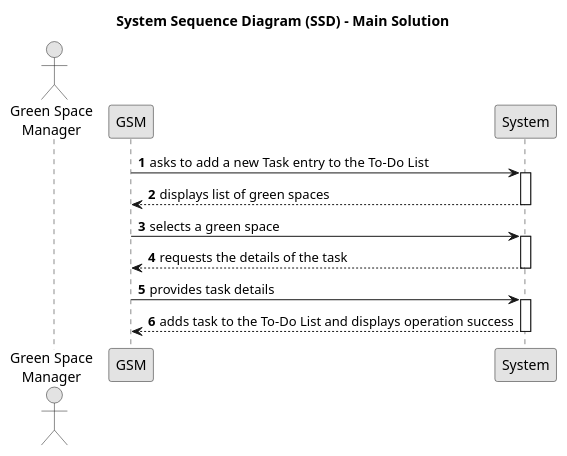
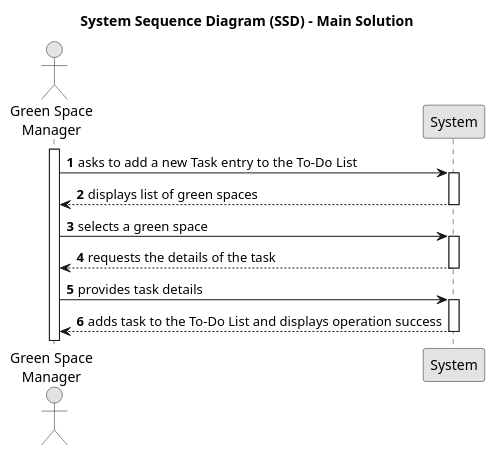
The diagram in docs/sprintC/us021/01.requirements-engineering/puml/us021-system-sequence-diagram-main-solution.puml (Departamento-de-Engenharia-Informatica/lei-24-s2-1dkl-g134), drawn with PlantUML before and after one commit. The commit also changed 1 other file, not shown here.

```diff
--- a/docs/sprintC/us021/01.requirements-engineering/puml/us021-system-sequence-diagram-main-solution.puml
+++ b/docs/sprintC/us021/01.requirements-engineering/puml/us021-system-sequence-diagram-main-solution.puml
@@ -1,29 +1,31 @@
 @startuml
 skinparam monochrome true
 skinparam packageStyle rectangle
 skinparam shadowing false
 
 title System Sequence Diagram (SSD) - Main Solution
 
 autonumber
 
-actor "Green Space\nManager" as Employee
+actor "Green Space\nManager" as GSM
+
+activate GSM
  GSM -> System : asks to add a new Task entry to the To-Do List
     activate System
 
         System --> GSM : displays list of green spaces
     deactivate System
 
     GSM -> System : selects a green space
     activate System
 
         System --> GSM : requests the details of the task
     deactivate System
 
     GSM -> System : provides task details
     activate System
 
         System --> GSM : adds task to the To-Do List and displays operation success
     deactivate System
 
 @enduml
```
